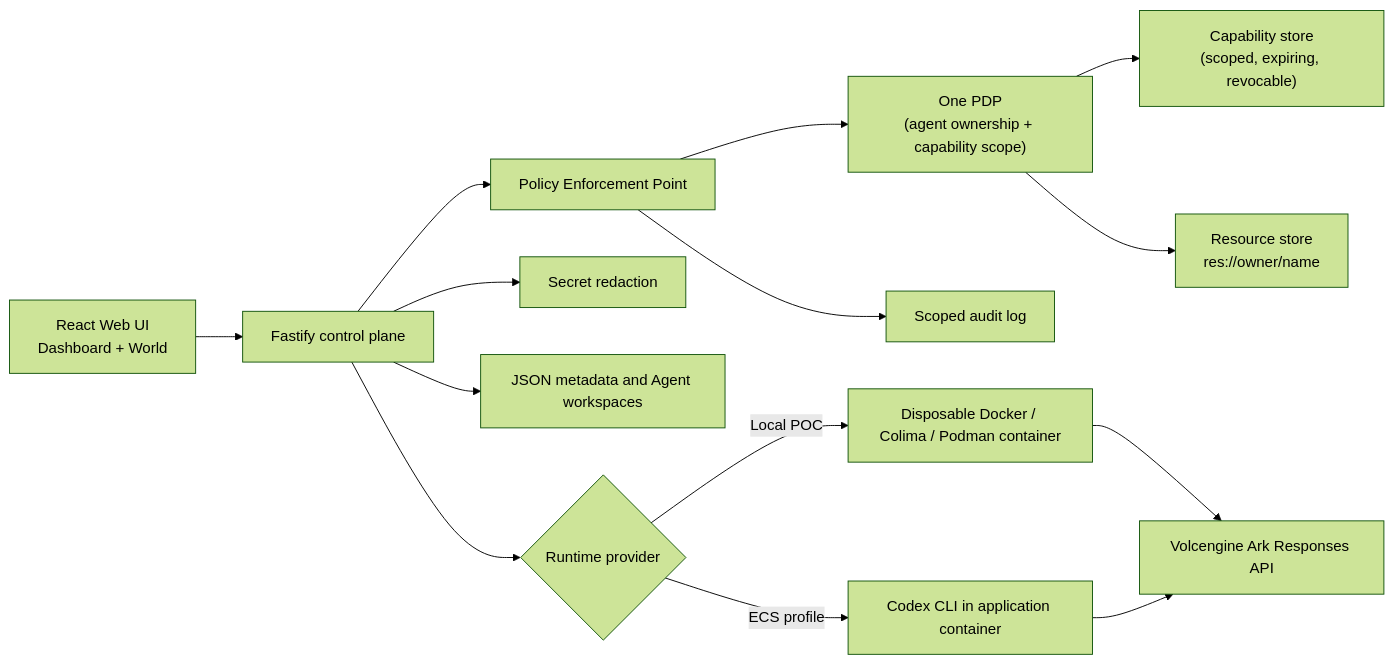
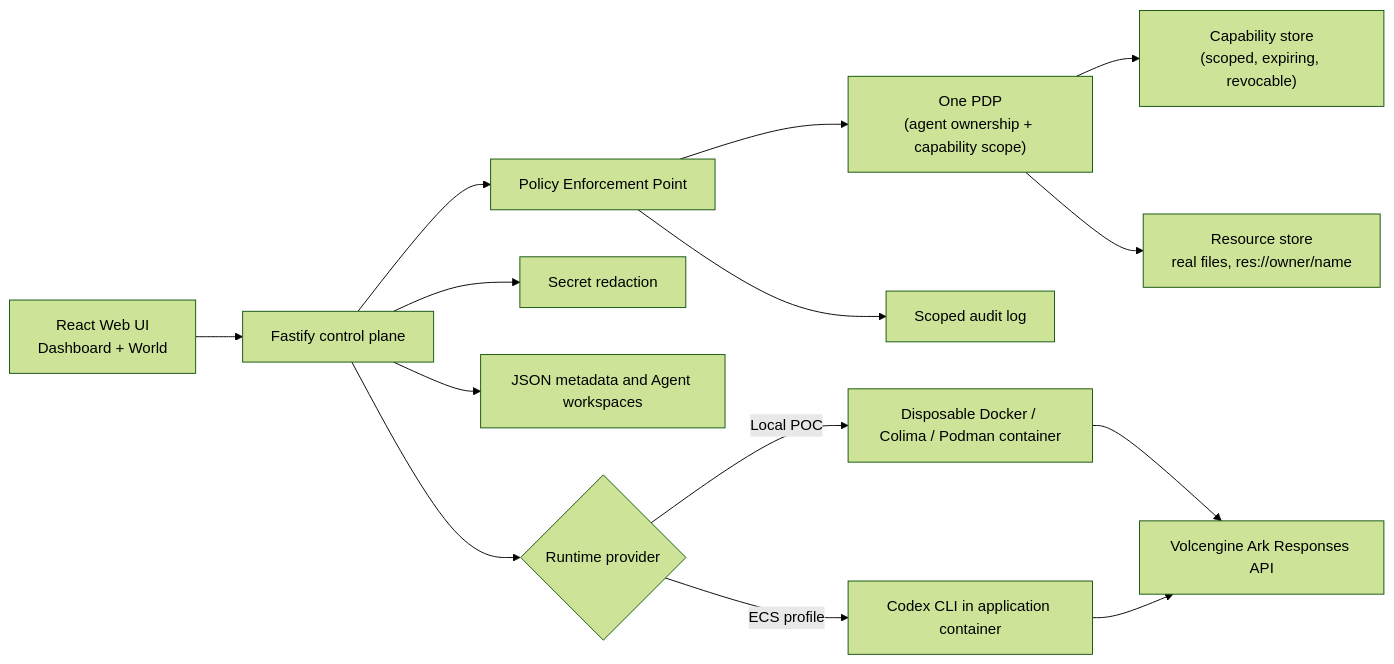
The diagram in README.md (damientjk/dannypp), drawn with Mermaid (forest theme) before and after one commit. The commit also changed other lines of this file, not shown here.

````diff
--- a/README.md
+++ b/README.md
@@ -341,16 +109,16 @@
 ```mermaid
 flowchart LR
     UI["React Web UI<br/>Dashboard + World"] --> API["Fastify control plane"]
     API --> PEP["Policy Enforcement Point"]
     PEP --> PDP["One PDP<br/>(agent ownership + capability scope)"]
     PDP --> Cap["Capability store<br/>(scoped, expiring, revocable)"]
-    PDP --> Res["Resource store<br/>res://owner/name"]
+    PDP --> Res["Resource store<br/>real files, res://owner/name"]
     PEP --> Audit["Scoped audit log"]
     API --> Redact["Secret redaction"]
     API --> Store["JSON metadata and Agent workspaces"]
     API --> Runtime{"Runtime provider"}
     Runtime -->|Local POC| Container["Disposable Docker / Colima / Podman container"]
     Runtime -->|ECS profile| Codex["Codex CLI in application container"]
     Container --> Ark["Volcengine Ark Responses API"]
     Codex --> Ark
 ```
````
